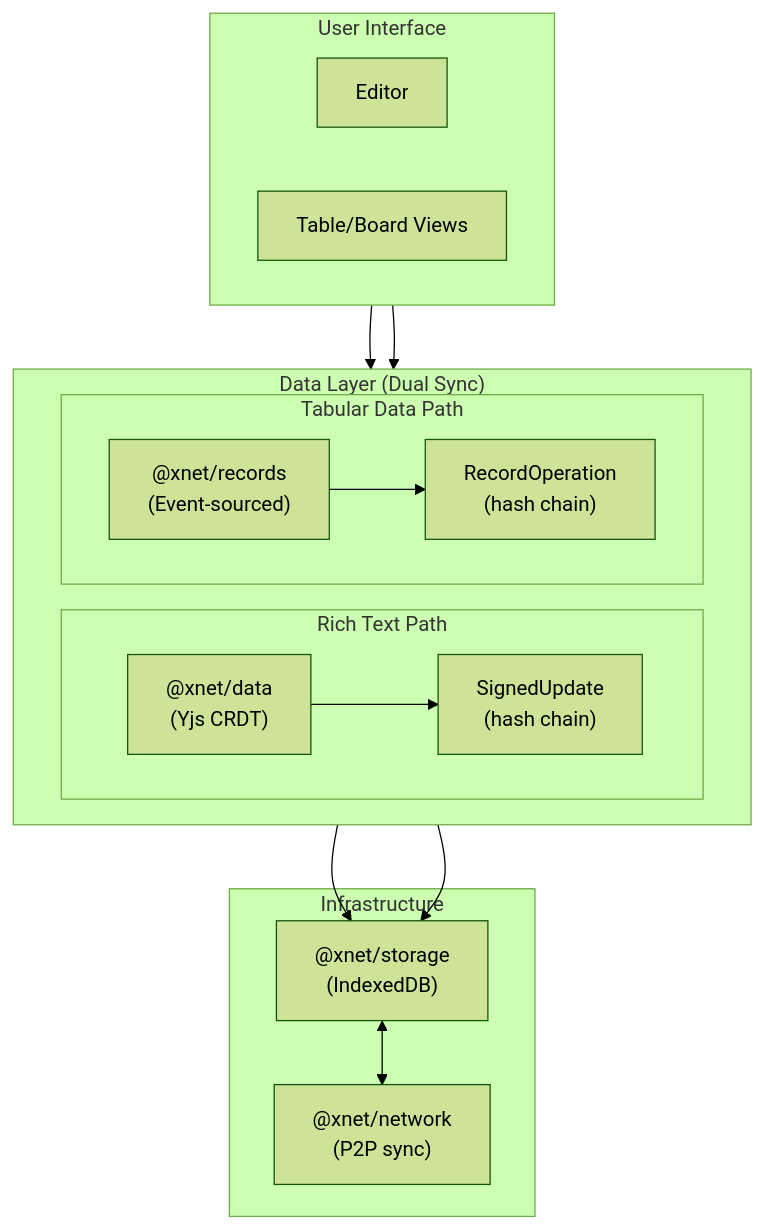
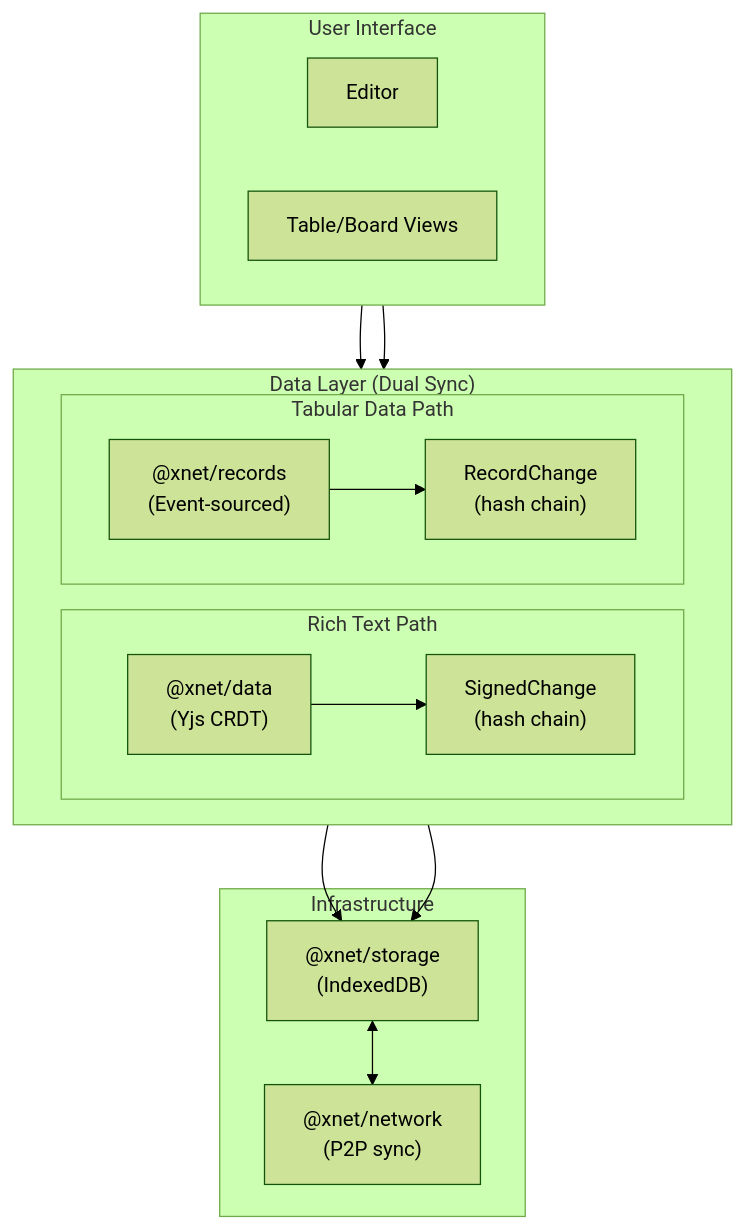
One commit to crs48/xNet changed the first of 8 diagrams in docs/CODEBASE_REVIEW.md. Above: the diagram before and after it, drawn with Mermaid (forest theme). The commit also changed other lines of this file and 5 other files, not shown here.

````diff
--- a/docs/CODEBASE_REVIEW.md
+++ b/docs/CODEBASE_REVIEW.md
@@ -64,33 +64,33 @@
 ```mermaid
 flowchart TD
     subgraph UI["User Interface"]
         direction LR
         EDITOR["Editor"]
         TABLE["Table/Board Views"]
     end
 
     subgraph DataLayer["Data Layer (Dual Sync)"]
         direction LR
         subgraph RichText["Rich Text Path"]
             DATA["@xnet/data<br/>(Yjs CRDT)"]
-            SIGNED["SignedUpdate<br/>(hash chain)"]
+            SIGNED["SignedChange<br/>(hash chain)"]
         end
         subgraph Tabular["Tabular Data Path"]
             RECORDS["@xnet/records<br/>(Event-sourced)"]
-            RECOP["RecordOperation<br/>(hash chain)"]
+            RECOP["RecordChange<br/>(hash chain)"]
         end
     end
 
     subgraph Infrastructure["Infrastructure"]
         STORAGE["@xnet/storage<br/>(IndexedDB)"]
         NETWORK["@xnet/network<br/>(P2P sync)"]
     end
 
     EDITOR --> DATA
     TABLE --> RECORDS
     DATA --> SIGNED
     RECORDS --> RECOP
     SIGNED --> STORAGE
     RECOP --> STORAGE
     STORAGE <--> NETWORK
 ```
````
